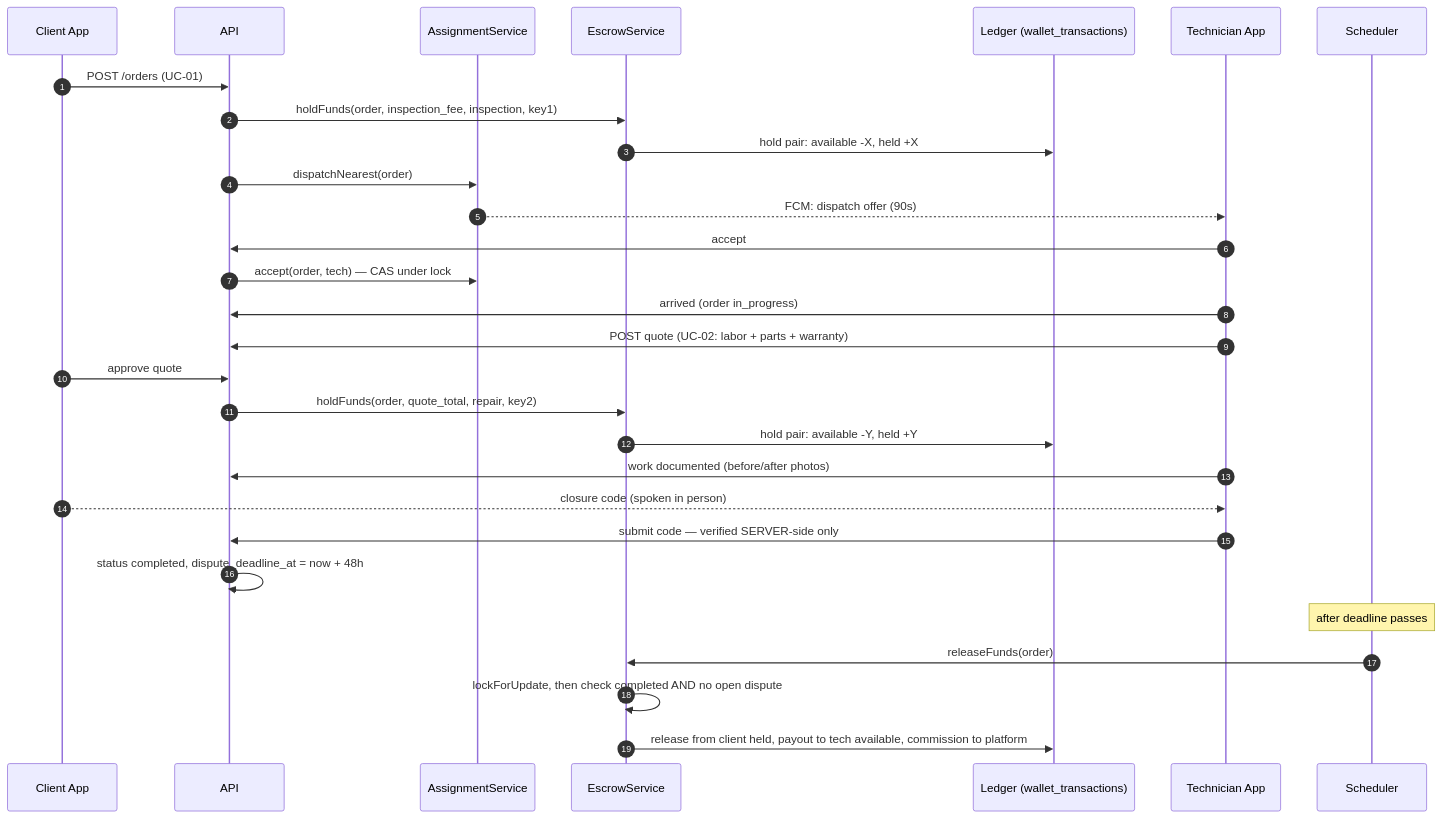
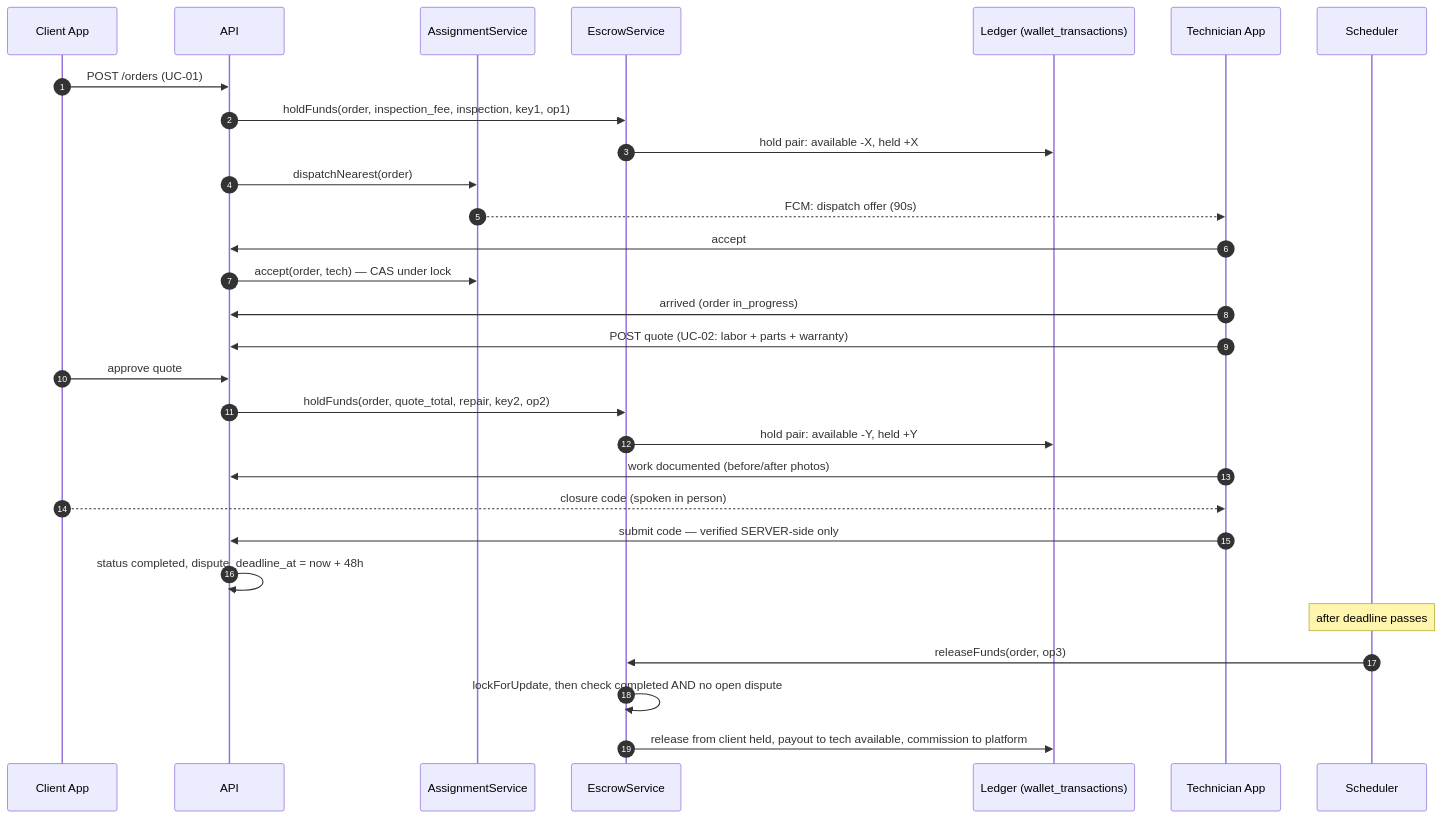
Before and after one commit to Moutasem0964/home-maintenance: the first of 2 diagrams in docs/flows.md, drawn with Mermaid. The commit also changed 2 other files, not shown here.

Commit message:
fix(escrow): widen ledger reference to 255, document operationId contract; sync flow docs

````diff
--- a/docs/flows.md
+++ b/docs/flows.md
@@ -8,32 +8,32 @@
 ```mermaid
 sequenceDiagram
     autonumber
     participant C as Client App
     participant API as API
     participant ASG as AssignmentService
     participant ESC as EscrowService
     participant LED as Ledger (wallet_transactions)
     participant T as Technician App
     participant CRON as Scheduler
 
     C->>API: POST /orders (UC-01)
-    API->>ESC: holdFunds(order, inspection_fee, inspection, key1)
+    API->>ESC: holdFunds(order, inspection_fee, inspection, key1, op1)
     ESC->>LED: hold pair: available -X, held +X
     API->>ASG: dispatchNearest(order)
     ASG-->>T: FCM: dispatch offer (90s)
     T->>API: accept
     API->>ASG: accept(order, tech) — CAS under lock
     T->>API: arrived (order in_progress)
     T->>API: POST quote (UC-02: labor + parts + warranty)
     C->>API: approve quote
-    API->>ESC: holdFunds(order, quote_total, repair, key2)
+    API->>ESC: holdFunds(order, quote_total, repair, key2, op2)
     ESC->>LED: hold pair: available -Y, held +Y
     T->>API: work documented (before/after photos)
     C-->>T: closure code (spoken in person)
     T->>API: submit code — verified SERVER-side only
     API->>API: status completed, dispute_deadline_at = now + 48h
     Note over CRON: after deadline passes
-    CRON->>ESC: releaseFunds(order)
+    CRON->>ESC: releaseFunds(order, op3)
     ESC->>ESC: lockForUpdate, then check completed AND no open dispute
     ESC->>LED: release from client held, payout to tech available, commission to platform
 ```
````
